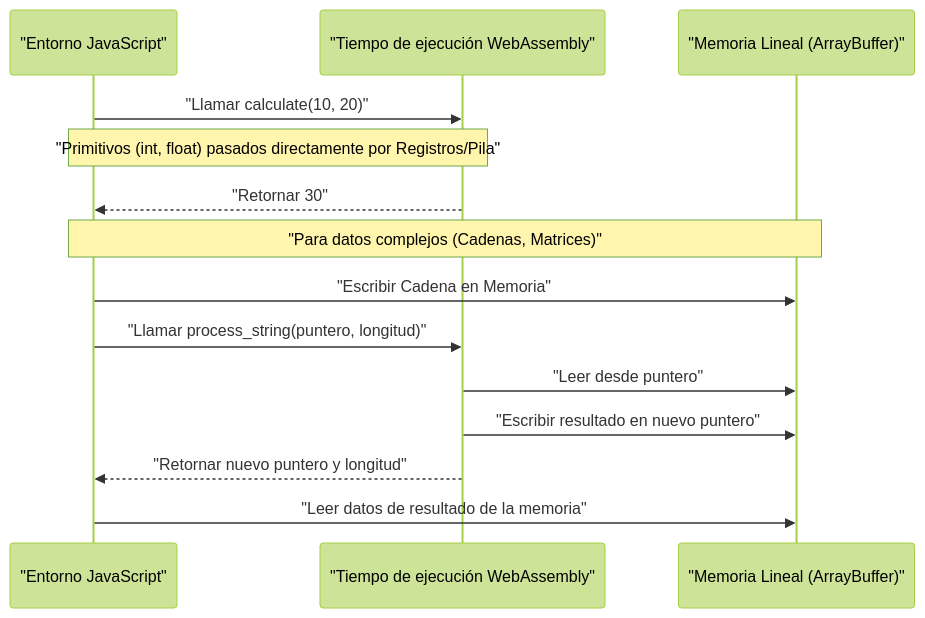
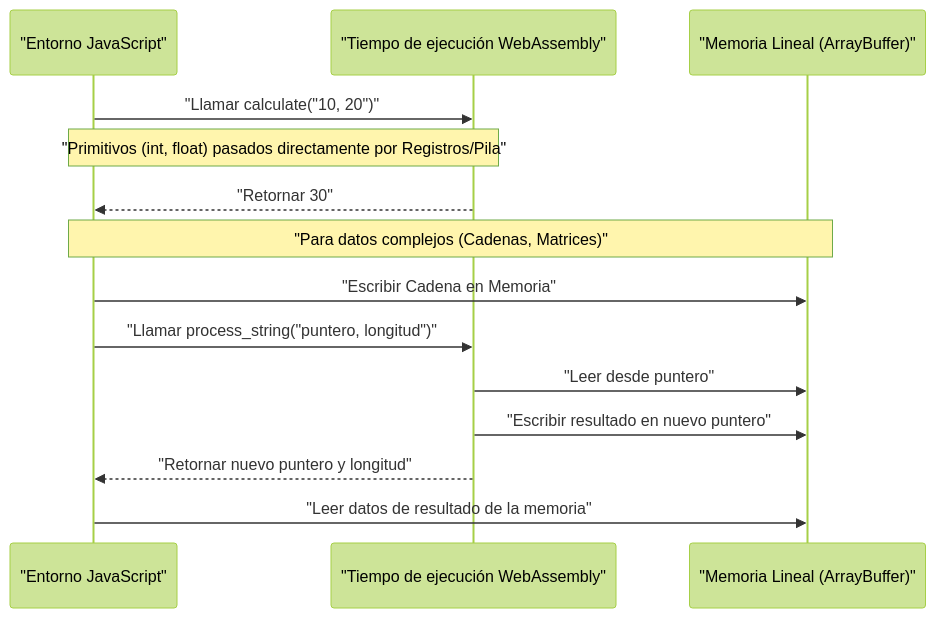
One commit to kenjinote/blog changed the second of 3 diagrams in content/post/webassembly出力/index.es.md. Above: the diagram before and after it, drawn with Mermaid (forest theme). The commit also changed 929 other files, not shown here.

Commit message:
fix: Add double quotes to all Mermaid node texts to resolve syntax errors

````diff
--- a/content/post/webassembly出力/index.es.md
+++ b/content/post/webassembly出力/index.es.md
@@ -220,18 +220,18 @@
 ```mermaid
 sequenceDiagram
   participant JS as "Entorno JavaScript"
   participant Wasm as "Tiempo de ejecución WebAssembly"
   participant Mem as "Memoria Lineal (ArrayBuffer)"
 
-  JS->>Wasm: "Llamar calculate(10, 20)"
+  JS->>Wasm: "Llamar calculate("10, 20")"
   note over JS,Wasm: "Primitivos (int, float) pasados directamente por Registros/Pila"
   Wasm-->>JS: "Retornar 30"
 
   note over JS, Mem: "Para datos complejos (Cadenas, Matrices)"
   JS->>Mem: "Escribir Cadena en Memoria"
-  JS->>Wasm: "Llamar process_string(puntero, longitud)"
+  JS->>Wasm: "Llamar process_string("puntero, longitud")"
   Wasm->>Mem: "Leer desde puntero"
   Wasm->>Mem: "Escribir resultado en nuevo puntero"
   Wasm-->>JS: "Retornar nuevo puntero y longitud"
   JS->>Mem: "Leer datos de resultado de la memoria"
 ```
````
